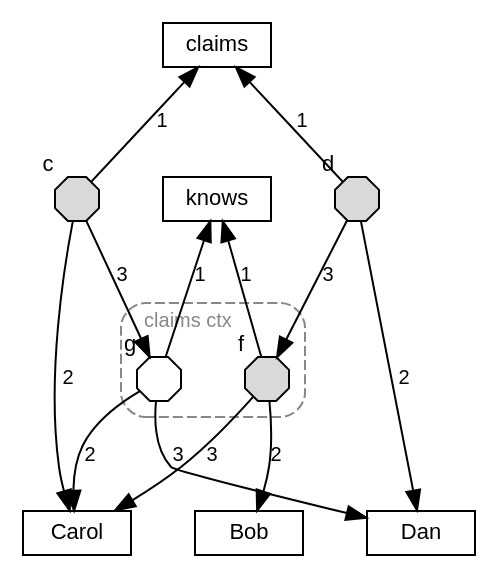
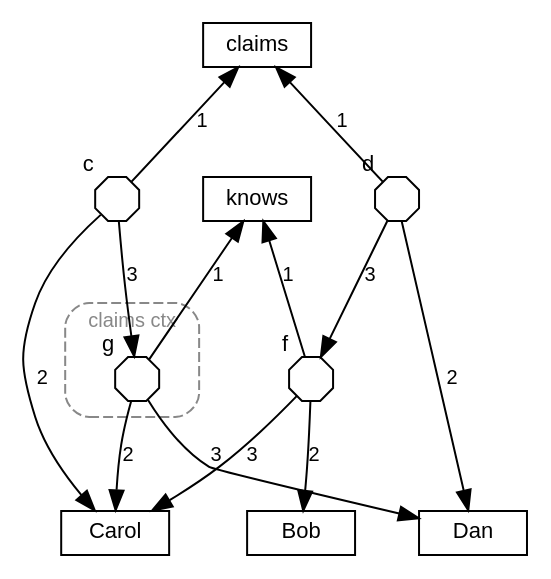
One commit to agutikov/ein changed the diagram in docs/ein/user/03-syntax-and-semantics/diagrams/03-facts-in-contexts.dot. Above: the diagram before and after it, drawn with Graphviz. The commit also changed 66 other files, not shown here.

```diff
--- a/docs/ein/user/03-syntax-and-semantics/diagrams/03-facts-in-contexts.dot
+++ b/docs/ein/user/03-syntax-and-semantics/diagrams/03-facts-in-contexts.dot
@@ -1,23 +1,23 @@
 digraph facts_in_contexts {
   rankdir=TB; nodesep=0.45; ranksep=0.6; forcelabels=true;
   node [shape=box, fontname="Helvetica", fontsize=11, height=0.3];
   edge [fontname="Helvetica", fontsize=10];
   "claims"; "knows";
-  c [shape=octagon, label="", width=0.3, height=0.3, fixedsize=true, style=filled, fillcolor="#d9d9d9", xlabel="c"]; d [shape=octagon, label="", width=0.3, height=0.3, fixedsize=true, style=filled, fillcolor="#d9d9d9", xlabel="d"];
+  c [shape=octagon, label="", width=0.3, height=0.3, fixedsize=true, xlabel="c"]; d [shape=octagon, label="", width=0.3, height=0.3, fixedsize=true, xlabel="d"];
   subgraph cluster_ctx_claims { label="claims ctx"; labeljust=l; fontname="Helvetica"; fontsize=10; fontcolor="#888888"; style="dashed,rounded"; color="#888888";
     g [shape=octagon, label="", width=0.3, height=0.3, fixedsize=true, style=solid, xlabel="g"];
-    f [shape=octagon, label="", width=0.3, height=0.3, fixedsize=true, style=filled, fillcolor="#d9d9d9", xlabel="f"];
   }
+  f [shape=octagon, label="", width=0.3, height=0.3, fixedsize=true, xlabel="f"];
   "claims" -> c [label="1", dir=back];
   "claims" -> d [label="1", dir=back];
   c -> "Carol" [label="2"];
   c -> g [label="3"];
   d -> "Dan" [label="2"];
   d -> f [label="3"];
   "knows" -> g [label="1", dir=back];
   g -> "Carol" [label="2"];
   g -> "Dan" [label="3"];
   "knows" -> f [label="1", dir=back];
   f -> "Bob" [label="2"];
   f -> "Carol" [label="3"];
 }
```
